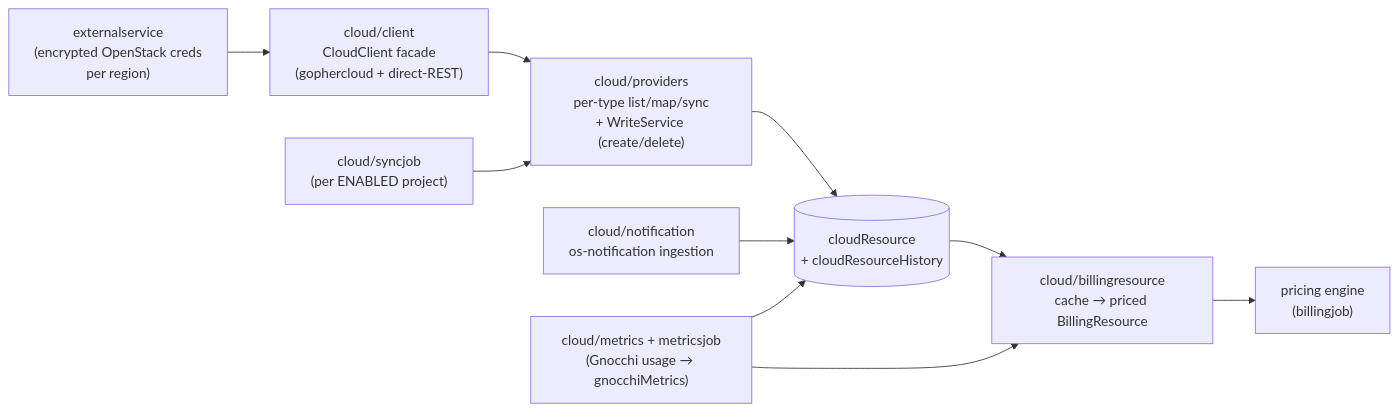
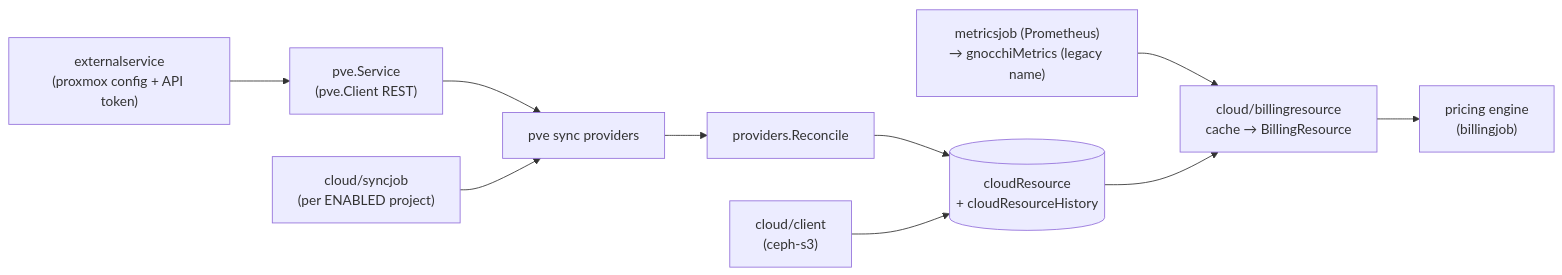
One commit to mutex-solutions/proxcloud changed the seventh of 7 diagrams in docs/architecture.md. Above: the diagram before and after it, drawn with Mermaid. The commit also changed other lines of this file and 44 other files, not shown here.

First line of the commit message:
docs: describe the Proxmox backend and drop OpenStack pages

````diff
--- a/docs/architecture.md
+++ b/docs/architecture.md
@@ -387,12 +390,12 @@
 ```mermaid
 flowchart LR
-    ES["externalservice<br/>(encrypted OpenStack creds<br/>per region)"] --> CL["cloud/client<br/>CloudClient facade<br/>(gophercloud + direct-REST)"]
-    CL --> PROV["cloud/providers<br/>per-type list/map/sync<br/>+ WriteService (create/delete)"]
-    PROV --> CACHE[("cloudResource<br/>+ cloudResourceHistory")]
-    SYNC["cloud/syncjob<br/>(per ENABLED project)"] --> PROV
-    NOTI["cloud/notification<br/>os-notification ingestion"] --> CACHE
-    MET["cloud/metrics + metricsjob<br/>(Gnocchi usage → gnocchiMetrics)"] --> CACHE
-    BR["cloud/billingresource<br/>cache → priced BillingResource"] --> RATING["pricing engine<br/>(billingjob)"]
-    CACHE --> BR
-    MET --> BR
+    ES["externalservice<br/>(proxmox config + API token)"] --> PS["pve.Service<br/>(pve.Client REST)"]
+    PS --> SP["pve sync providers"]
+    SP --> REC["providers.Reconcile"]
+    REC --> CACHE[("cloudResource<br/>+ cloudResourceHistory")]
+    SYNC["cloud/syncjob<br/>(per ENABLED project)"] --> SP
+    OBJ["cloud/client<br/>(ceph-s3)"] --> CACHE
+    MET["metricsjob (Prometheus)<br/>→ gnocchiMetrics (legacy name)"] --> BR
+    CACHE --> BR["cloud/billingresource<br/>cache → BillingResource"]
+    BR --> RATING["pricing engine<br/>(billingjob)"]
 ```
````
